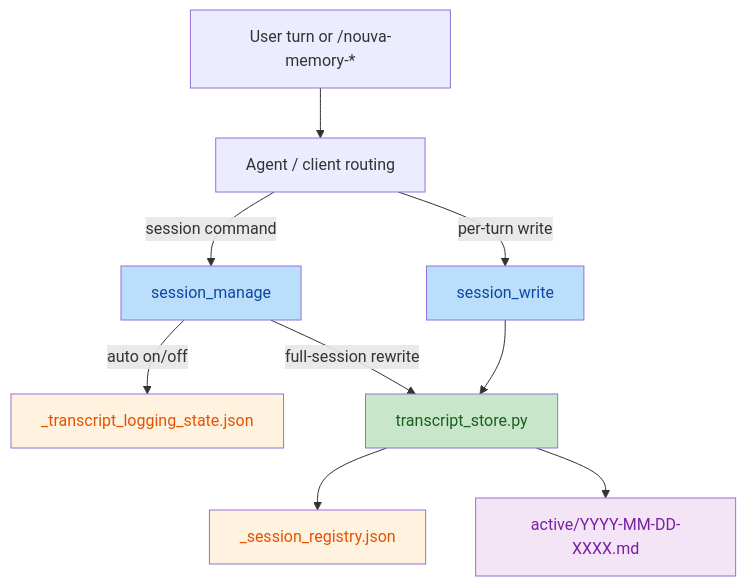
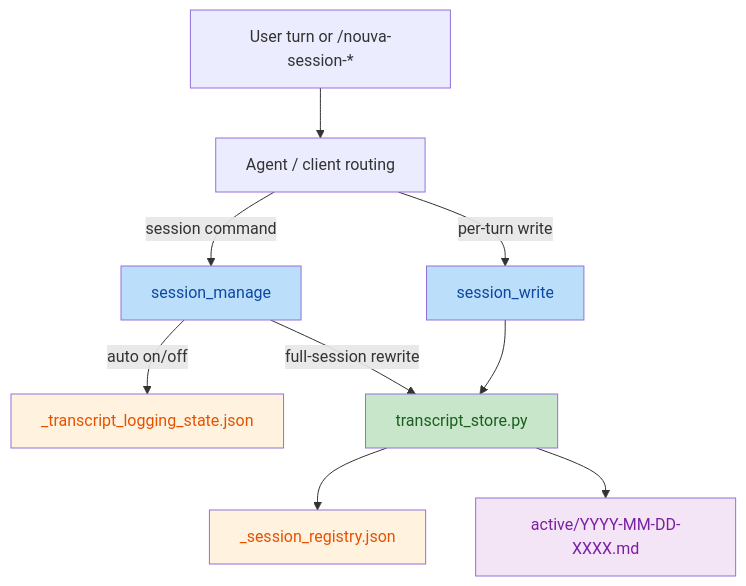
One commit to nouverse-tech/nouva-mcp-server changed the third of 5 diagrams in src/skills/memory_engine/ARCHITECTURE.md. Above: the diagram before and after it, drawn with Mermaid. The commit also changed other lines of this file and 3 other files, not shown here.

Commit message:
Rename nouva-memory commands to nouva-session

````diff
--- a/src/skills/memory_engine/ARCHITECTURE.md
+++ b/src/skills/memory_engine/ARCHITECTURE.md
@@ -176,18 +176,18 @@
 ```mermaid
 flowchart TD
-  U["User turn or /nouva-memory-*"] --> A["Agent / client routing"]
+  U["User turn or /nouva-session-*"] --> A["Agent / client routing"]
   A -->|per-turn write| WT["session_write"]
   A -->|session command| MT["session_manage"]
   MT -->|auto on/off| LS["_transcript_logging_state.json"]
   MT -->|full-session rewrite| TS["transcript_store.py"]
   WT --> TS
   TS --> SR["_session_registry.json"]
   TS --> TF["active/YYYY-MM-DD-XXXX.md"]
 
   style WT fill:#bbdefb,color:#0d47a1
   style MT fill:#bbdefb,color:#0d47a1
   style TS fill:#c8e6c9,color:#1a5e20
   style SR fill:#fff3e0,color:#e65100
   style LS fill:#fff3e0,color:#e65100
   style TF fill:#f3e5f5,color:#7b1fa2
 ```
````
